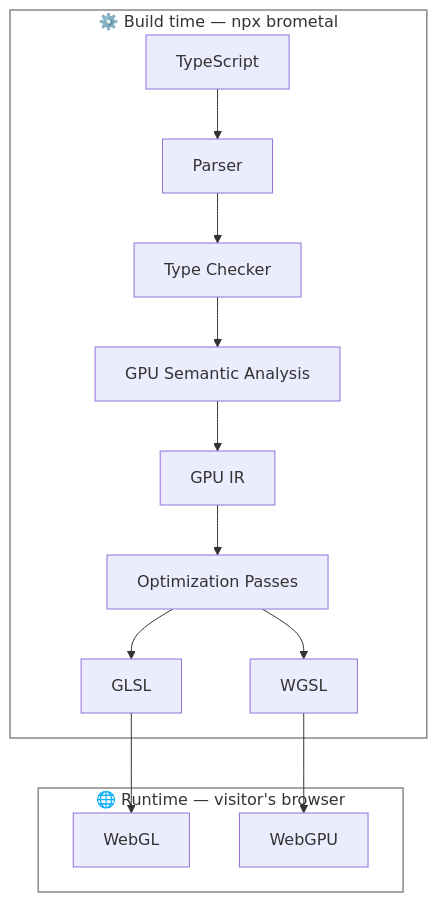
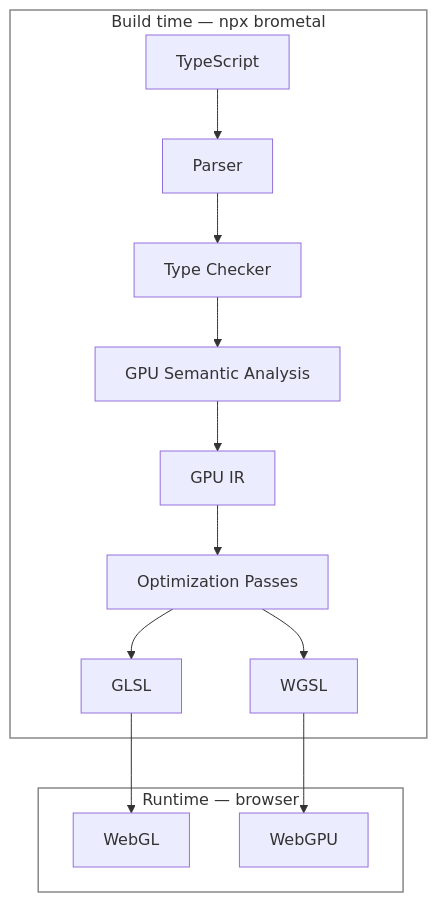
Before and after one commit to ericdrowell/brometal: the diagram in README.md, drawn with Mermaid. The commit also changed other lines of this file and 1 other file, not shown here.

````diff
--- a/README.md
+++ b/README.md
@@ -7,20 +7,20 @@
 ```mermaid
 flowchart TD
-    subgraph BUILD ["⚙️ Build time — npx brometal"]
+    subgraph BUILD ["Build time — npx brometal"]
         TS[TypeScript] --> Parser
         Parser --> TC[Type Checker]
         TC --> SA[GPU Semantic Analysis]
         SA --> IR[GPU IR]
         IR --> OPT[Optimization Passes]
         OPT --> GLSL
         OPT --> WGSL
     end
-    subgraph RUN ["🌐 Runtime — visitor's browser"]
+    subgraph RUN ["Runtime — browser"]
         WebGL
         WebGPU
     end
     GLSL --> WebGL
     WGSL --> WebGPU
     style BUILD fill:none,stroke:#888,stroke-width:1.5px
     style RUN fill:none,stroke:#888,stroke-width:1.5px
 ```
````
